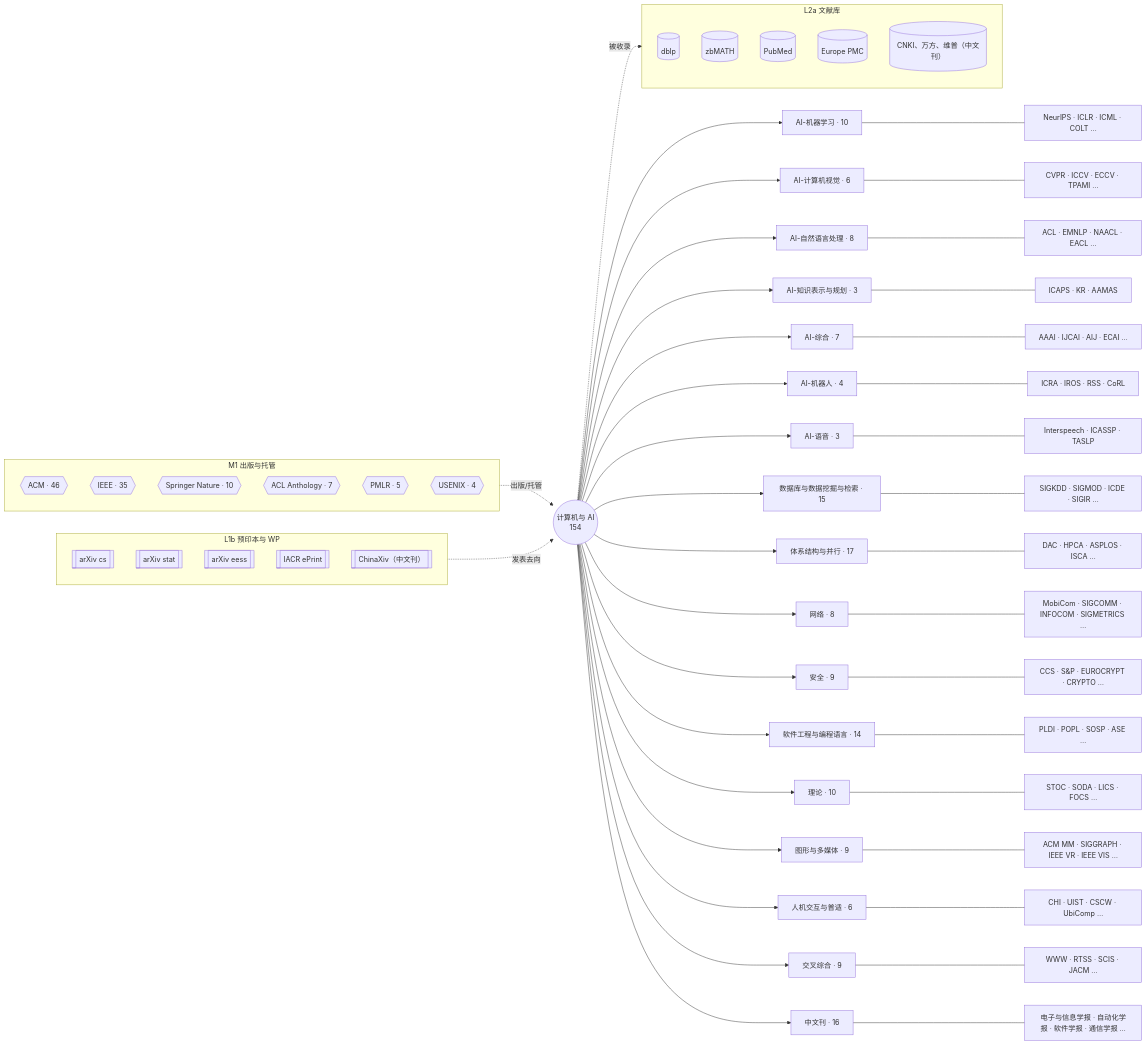
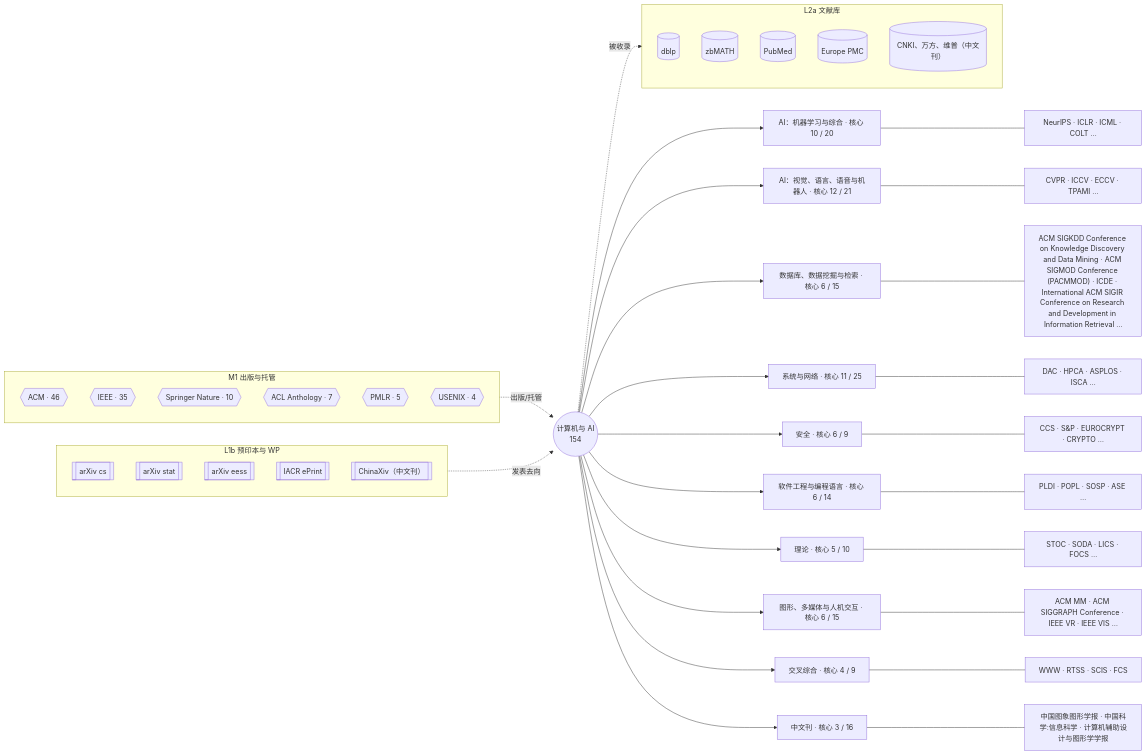
Before and after one commit to yhyfhgs/Confluo: the diagram in docs/catalog/venues/computer-science-ai.md, drawn with Mermaid. The commit also changed other lines of this file and 19 other files, not shown here.

````diff
--- a/docs/catalog/venues/computer-science-ai.md
+++ b/docs/catalog/venues/computer-science-ai.md
@@ -14,63 +14,49 @@
 ```mermaid
 flowchart LR
   D(("计算机与 AI<br/>154"))
-  D --> S0["AI-机器学习 · 10"]
+  D --> S0["AI：机器学习与综合 · 核心 10 / 20"]
   S0 --- V0["NeurIPS · ICLR · ICML · COLT …"]
-  D --> S1["AI-计算机视觉 · 6"]
+  D --> S1["AI：视觉、语言、语音与机器人 · 核心 12 / 21"]
   S1 --- V1["CVPR · ICCV · ECCV · TPAMI …"]
-  D --> S2["AI-自然语言处理 · 8"]
-  S2 --- V2["ACL · EMNLP · NAACL · EACL …"]
-  D --> S3["AI-知识表示与规划 · 3"]
-  S3 --- V3["ICAPS · KR · AAMAS"]
-  D --> S4["AI-综合 · 7"]
-  S4 --- V4["AAAI · IJCAI · AIJ · ECAI …"]
-  D --> S5["AI-机器人 · 4"]
-  S5 --- V5["ICRA · IROS · RSS · CoRL"]
-  D --> S6["AI-语音 · 3"]
-  S6 --- V6["Interspeech · ICASSP · TASLP"]
-  D --> S7["数据库与数据挖掘与检索 · 15"]
-  S7 --- V7["SIGKDD · SIGMOD · ICDE · SIGIR …"]
-  D --> S8["体系结构与并行 · 17"]
-  S8 --- V8["DAC · HPCA · ASPLOS · ISCA …"]
-  D --> S9["网络 · 8"]
-  S9 --- V9["MobiCom · SIGCOMM · INFOCOM · SIGMETRICS …"]
-  D --> S10["安全 · 9"]
-  S10 --- V10["CCS · S&P · EUROCRYPT · CRYPTO …"]
-  D --> S11["软件工程与编程语言 · 14"]
-  S11 --- V11["PLDI · POPL · SOSP · ASE …"]
-  D --> S12["理论 · 10"]
-  S12 --- V12["STOC · SODA · LICS · FOCS …"]
-  D --> S13["图形与多媒体 · 9"]
-  S13 --- V13["ACM MM · SIGGRAPH · IEEE VR · IEEE VIS …"]
-  D --> S14["人机交互与普适 · 6"]
-  S14 --- V14["CHI · UIST · CSCW · UbiComp …"]
-  D --> S15["交叉综合 · 9"]
-  S15 --- V15["WWW · RTSS · SCIS · JACM …"]
-  D --> SCN["中文刊 · 16"]
-  SCN --- VCN["电子与信息学报 · 自动化学报 · 软件学报 · 通信学报 …"]
+  D --> S2["数据库、数据挖掘与检索 · 核心 6 / 15"]
+  S2 --- V2["ACM SIGKDD Conference on Knowledge Discovery and Data Mining · ACM SIGMOD Conference (PACMMOD) · ICDE · International ACM SIGIR Conference on Research and Development in Information Retrieval …"]
+  D --> S3["系统与网络 · 核心 11 / 25"]
+  S3 --- V3["DAC · HPCA · ASPLOS · ISCA …"]
+  D --> S4["安全 · 核心 6 / 9"]
+  S4 --- V4["CCS · S&P · EUROCRYPT · CRYPTO …"]
+  D --> S5["软件工程与编程语言 · 核心 6 / 14"]
+  S5 --- V5["PLDI · POPL · SOSP · ASE …"]
+  D --> S6["理论 · 核心 5 / 10"]
+  S6 --- V6["STOC · SODA · LICS · FOCS …"]
+  D --> S7["图形、多媒体与人机交互 · 核心 6 / 15"]
+  S7 --- V7["ACM MM · ACM SIGGRAPH Conference · IEEE VR · IEEE VIS …"]
+  D --> S8["交叉综合 · 核心 4 / 9"]
+  S8 --- V8["WWW · RTSS · SCIS · FCS"]
+  D --> SCN["中文刊 · 核心 3 / 16"]
+  SCN --- VCN["中国图象图形学报 · 中国科学:信息科学 · 计算机辅助设计与图形学学报"]
   subgraph M1["M1 出版与托管"]
     P0{{"ACM · 46"}}
     P1{{"IEEE · 35"}}
     P2{{"Springer Nature · 10"}}
     P3{{"ACL Anthology · 7"}}
     P4{{"PMLR · 5"}}
     P5{{"USENIX · 4"}}
   end
   M1 -. 出版/托管 .-> D
   subgraph L2A["L2a 文献库"]
     A0[("dblp")]
     A1[("zbMATH")]
     A2[("PubMed")]
     A3[("Europe PMC")]
     A4[("CNKI、万方、维普（中文刊）")]
   end
   D -. 被收录 .-> L2A
   subgraph L1B["L1b 预印本与 WP"]
     B0[["arXiv cs"]]
     B1[["arXiv stat"]]
     B2[["arXiv eess"]]
     B3[["IACR ePrint"]]
     B4[["ChinaXiv（中文刊）"]]
   end
   L1B -. 发表去向 .-> D
 ```
````
